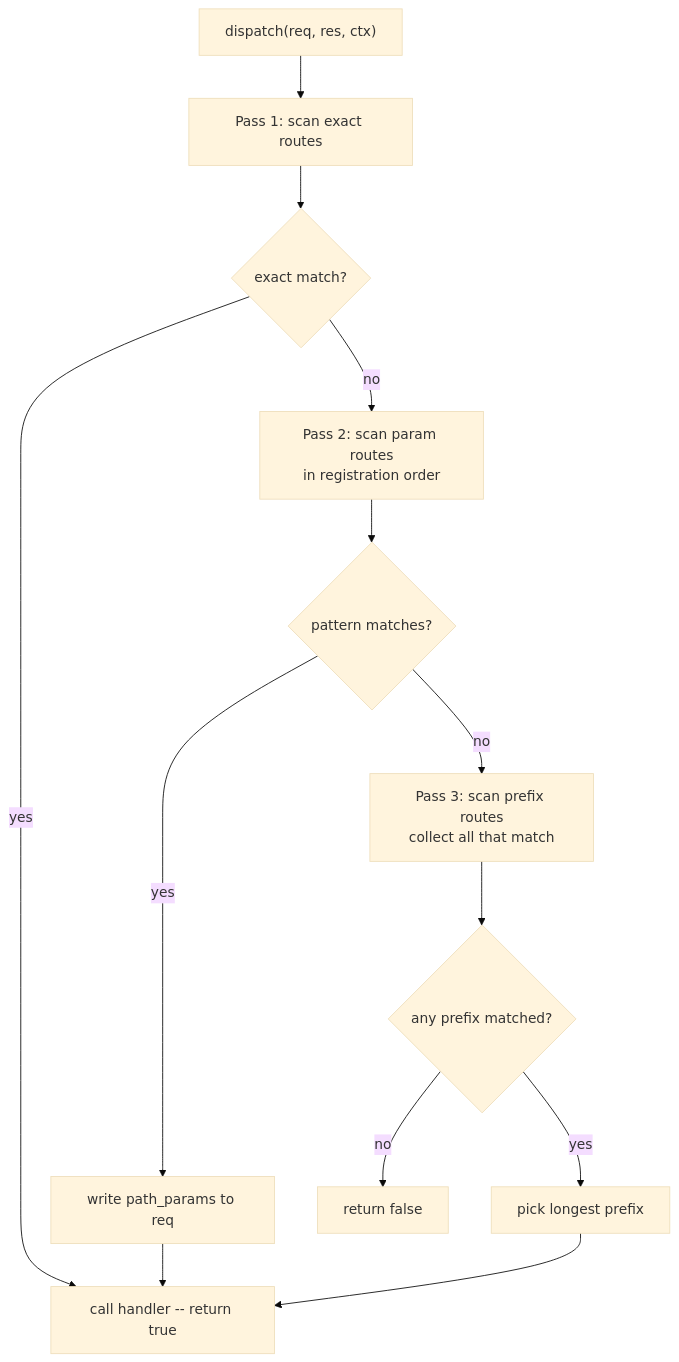
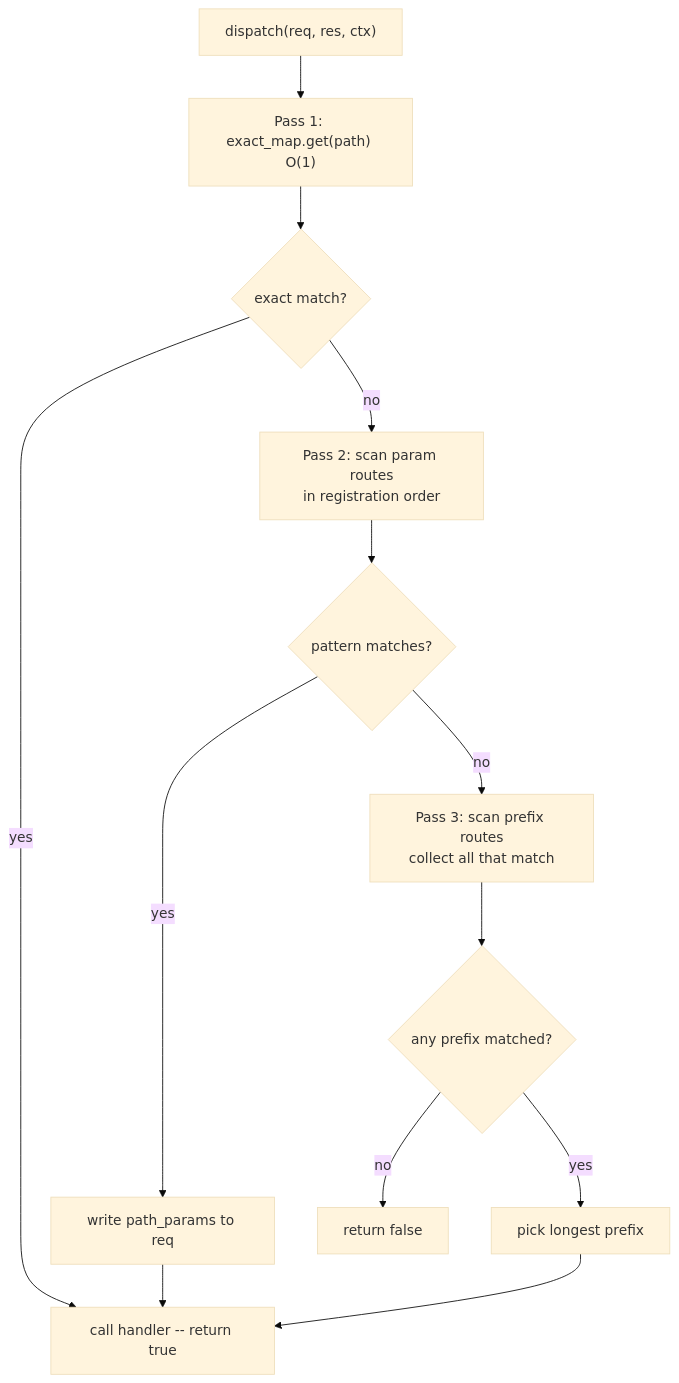
Before and after one commit to prothegee/zix: the sixth of 11 diagrams in docs/hld-http.md, drawn with Mermaid (base theme). The commit also changed other lines of this file, not shown here.

````diff
--- a/docs/hld-http.md
+++ b/docs/hld-http.md
@@ -344,15 +346,15 @@
 ```mermaid
 flowchart TD
-    A["dispatch(req, res, ctx)"] --> B["Pass 1: scan exact routes"]
+    A["dispatch(req, res, ctx)"] --> B["Pass 1: exact_map.get(path) O(1)"]
     B --> C{"exact match?"}
     C -->|yes| DONE["call handler -- return true"]
     C -->|no| D["Pass 2: scan param routes\nin registration order"]
     D --> E{"pattern matches?"}
     E -->|yes| F["write path_params to req"]
     F --> DONE
     E -->|no| G["Pass 3: scan prefix routes\ncollect all that match"]
     G --> H{"any prefix matched?"}
     H -->|no| Z["return false"]
     H -->|yes| I["pick longest prefix"]
     I --> DONE
 ```
````
